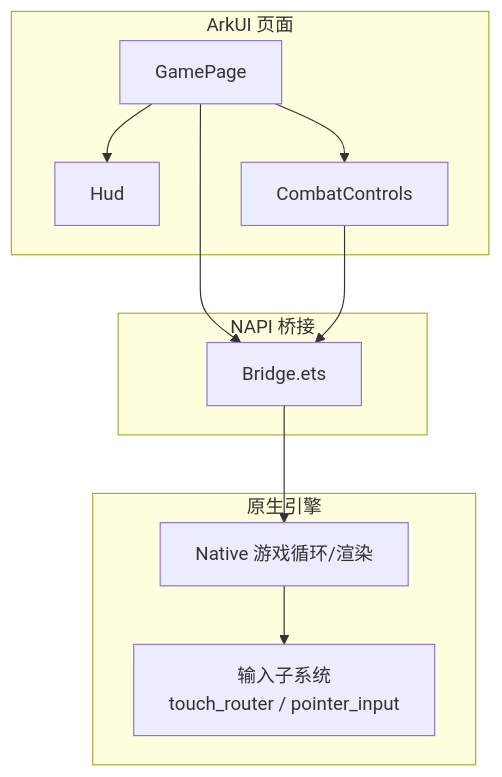
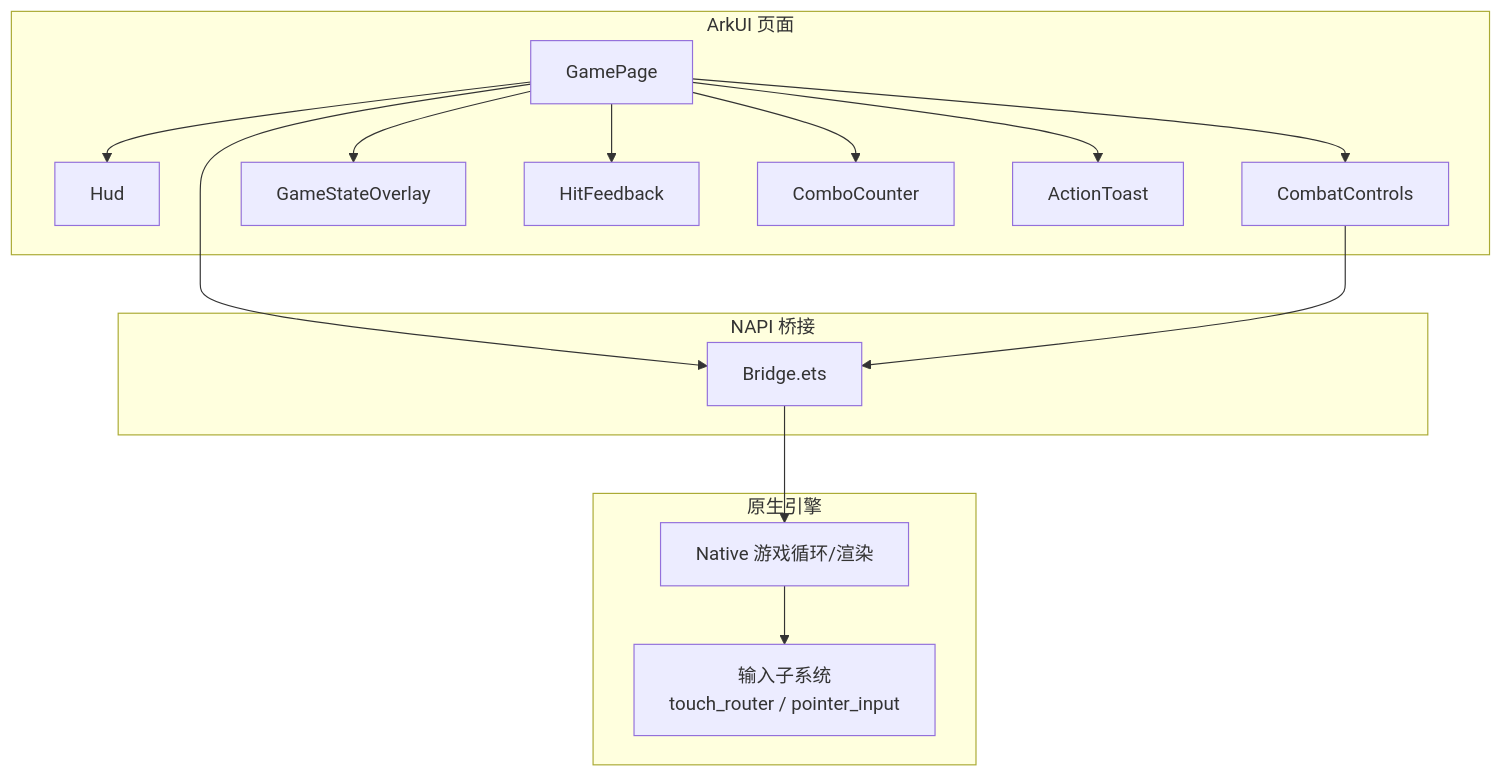
Before and after one commit to sj123sheng/my-world: the first of 6 diagrams in .qoder/repowiki/zh/content/前端界面系统/UI 组件系统/UI 组件系统.md, drawn with Mermaid. The commit also changed other lines of this file and 160 other files, not shown here.

````diff
--- a/.qoder/repowiki/zh/content/前端界面系统/UI 组件系统/UI 组件系统.md
+++ b/.qoder/repowiki/zh/content/前端界面系统/UI 组件系统/UI 组件系统.md
@@ -32,21 +45,29 @@
 ```mermaid
 graph TB
 subgraph "ArkUI 页面"
 GP["GamePage"]
 HUD["Hud"]
 CC["CombatControls"]
+GSO["GameStateOverlay"]
+HF["HitFeedback"]
+CCO["ComboCounter"]
+AT["ActionToast"]
 end
 subgraph "NAPI 桥接"
 BR["Bridge.ets"]
 end
 subgraph "原生引擎"
 INP["输入子系统<br/>touch_router / pointer_input"]
 NATIVE["Native 游戏循环/渲染"]
 end
 GP --> HUD
 GP --> CC
+GP --> GSO
+GP --> HF
+GP --> CCO
+GP --> AT
 GP --> BR
 CC --> BR
 BR --> NATIVE
 NATIVE --> INP
 ```
````
